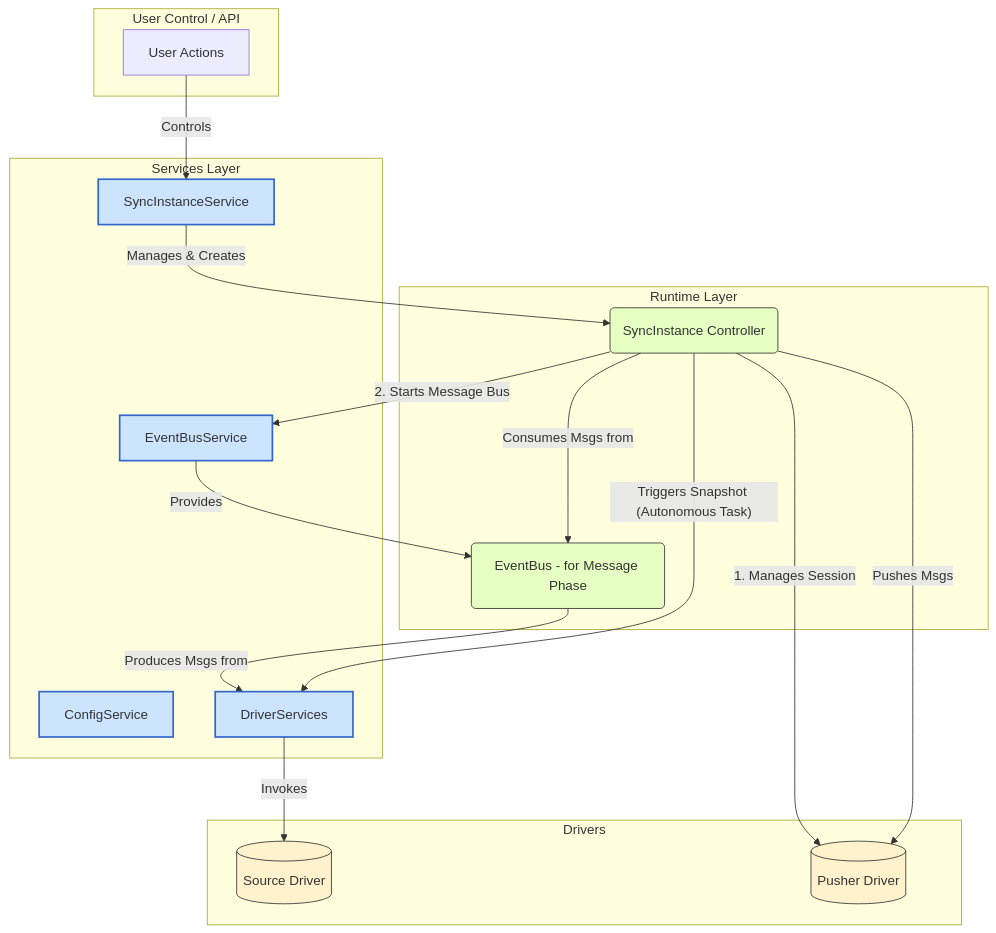
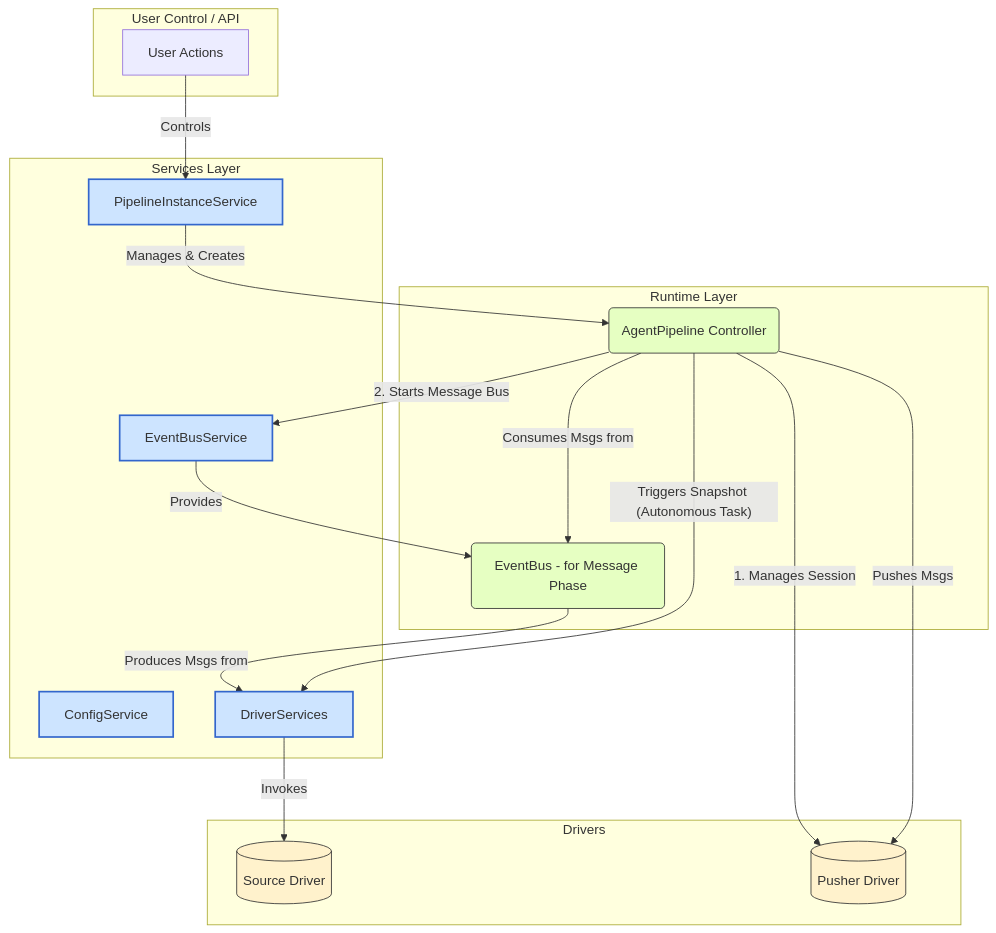
The second of 2 diagrams in agent/docs/architecture/core_arch.md (excelwang/fustor), drawn with Mermaid before and after one commit. The commit also changed other lines of this file and 43 other files, not shown here.

````diff
--- a/agent/docs/architecture/core_arch.md
+++ b/agent/docs/architecture/core_arch.md
@@ -108,48 +108,48 @@
 ```mermaid
 graph TD
     subgraph User Control / API
         UC[User Actions]
     end
 
     subgraph Services Layer
-        SIS[SyncInstanceService]
+        SIS[PipelineInstanceService]
         EBS[EventBusService]
         CS[ConfigService]
         DS[DriverServices]
     end
 
     subgraph Runtime Layer
-        SI(SyncInstance Controller)
+        SI(AgentPipeline Controller)
         EB(EventBus - for Message Phase)
     end
 
     subgraph Drivers
         SourceDrv[(Source Driver)]
         PusherDrv[(Pusher Driver)]
     end
 
     UC -->|Controls| SIS
     SIS -- Manages & Creates --> SI
 
     %% Session and Message Flow
     SI -- "1. Manages Session" --> PusherDrv
     SI -- "2. Starts Message Bus" --> EBS
     EBS -- Provides --> EB
     EB -- "Produces Msgs from" --> DS
     DS -- Invokes --> SourceDrv
     SI -- "Consumes Msgs from" --> EB
     
     %% Main Loop
     SI -- "Pushes Msgs" --> PusherDrv
 
     %% Concurrent Snapshot (if needed)
     SI -- "Triggers Snapshot (Autonomous Task)" --> DS
     
     classDef service fill:#cde4ff,stroke:#36c,stroke-width:2px;
     classDef runtime fill:#e6ffc2,stroke:#333;
     classDef driver fill:#fff2cc,stroke:#333;
 
     class SIS,EBS,CS,DS service
     class SI,EB runtime
     class SourceDrv,PusherDrv driver
 ```
````
